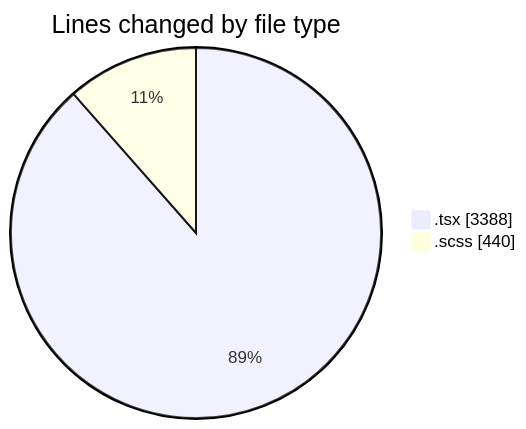
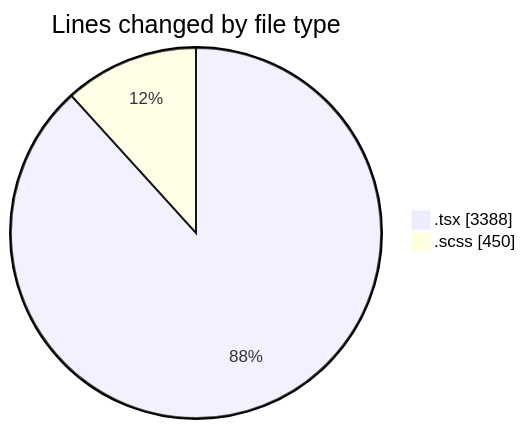
Before and after one commit to momahboobian/code-tracking: the first of 2 diagrams in 2025-09-30/cda/README.md, drawn with Mermaid. The commit also changed other lines of this file and 1 other file, not shown here.

````diff
--- a/2025-09-30/cda/README.md
+++ b/2025-09-30/cda/README.md
@@ -25,6 +25,6 @@
 ```mermaid
 pie showData
 title Lines changed by file type
 ".tsx" : 3388
-".scss" : 440
+".scss" : 450
 ```
````
